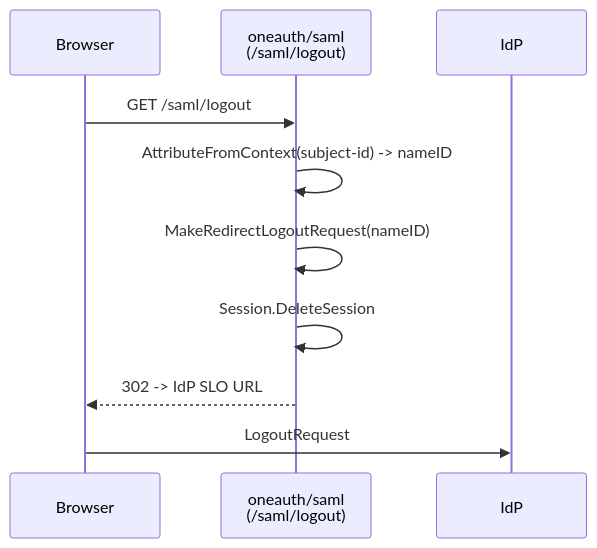
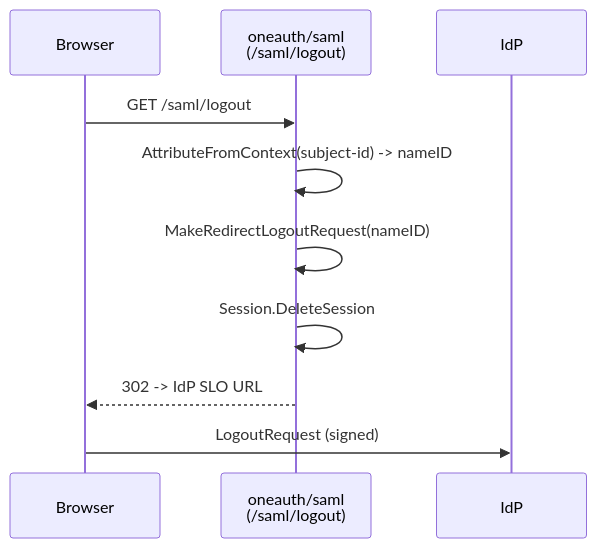
One commit to panyam/oneauth changed the second of 2 diagrams in saml/DESIGN.md. Above: the diagram before and after it, drawn with Mermaid. The commit also changed other lines of this file and 42 other files, not shown here.

````diff
--- a/saml/DESIGN.md
+++ b/saml/DESIGN.md
@@ -53,13 +53,13 @@
 ```mermaid
 sequenceDiagram
     participant Browser
     participant SP as oneauth/saml<br/>(/saml/logout)
     participant IdP
 
     Browser->>SP: GET /saml/logout
     SP->>SP: AttributeFromContext(subject-id) -> nameID
     SP->>SP: MakeRedirectLogoutRequest(nameID)
     SP->>SP: Session.DeleteSession
     SP-->>Browser: 302 -> IdP SLO URL
-    Browser->>IdP: LogoutRequest
+    Browser->>IdP: LogoutRequest (signed)
 ```
````
